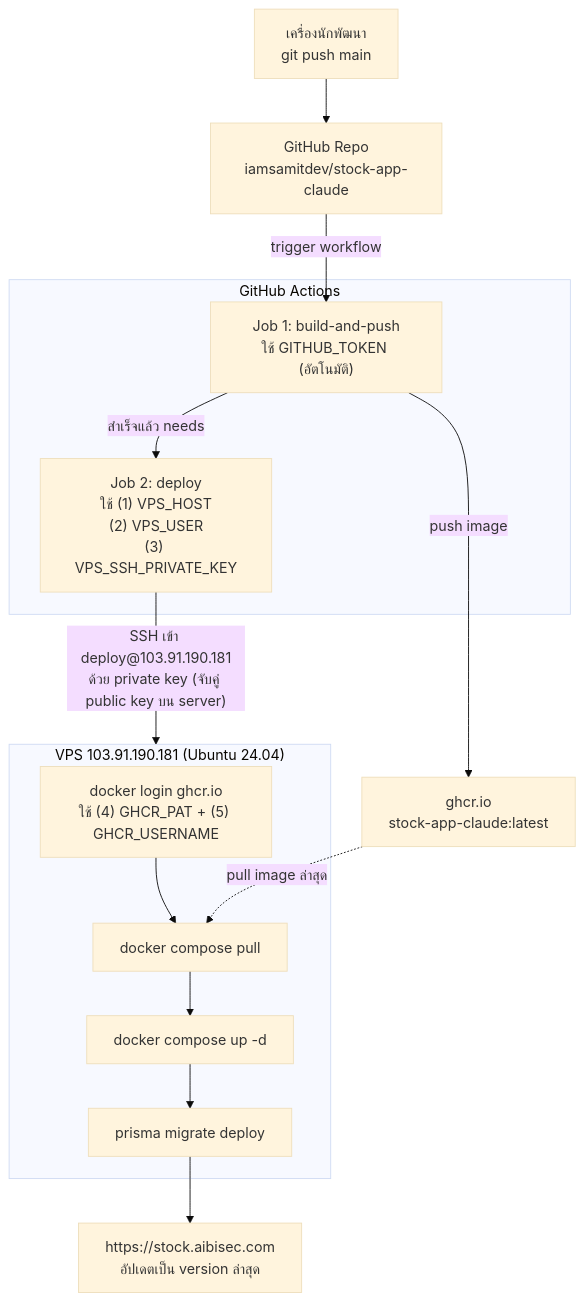
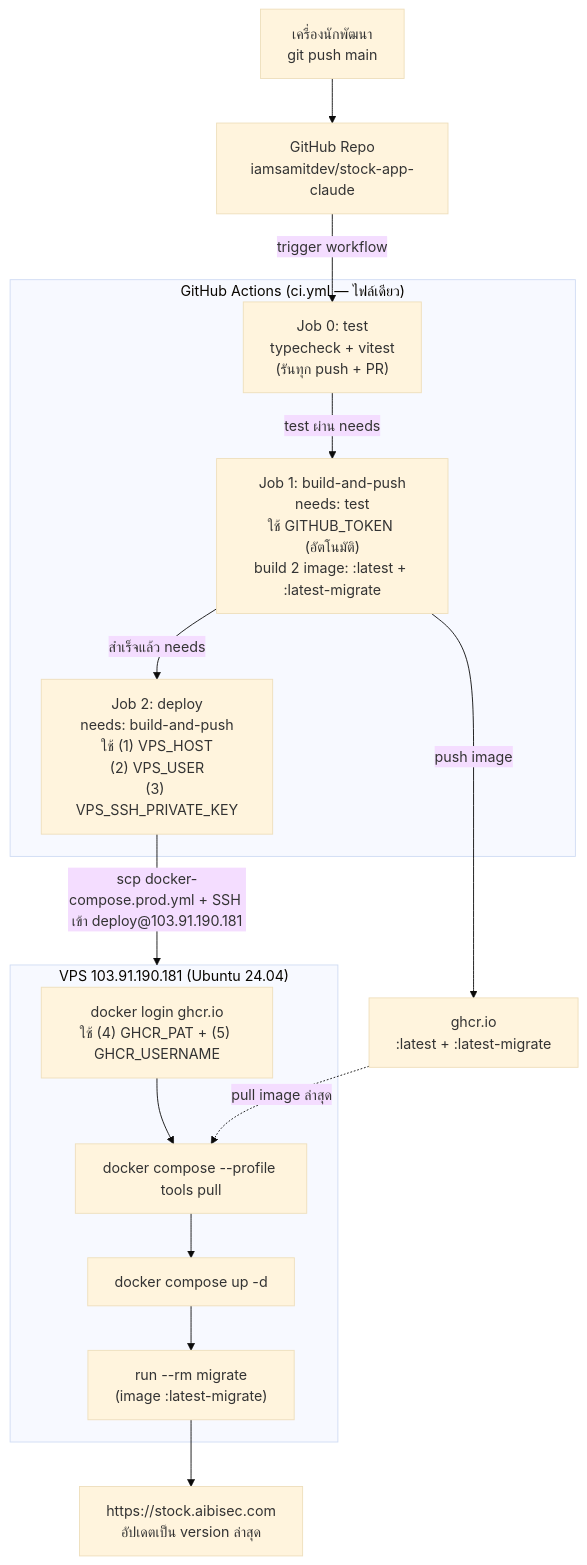
Before and after one commit to iamsamitdev/claude-code-deep-dive: the diagram in Notes/deploy-full-guide.md, drawn with Mermaid (base theme). The commit also changed other lines of this file, not shown here.

````diff
--- a/Notes/deploy-full-guide.md
+++ b/Notes/deploy-full-guide.md
@@ -767,25 +818,27 @@
 ```mermaid
 flowchart TB
     DEV["เครื่องนักพัฒนา<br>git push main"] --> REPO["GitHub Repo<br>iamsamitdev/stock-app-claude"]
 
-    subgraph GHA["GitHub Actions"]
-        J1["Job 1: build-and-push<br>ใช้ GITHUB_TOKEN (อัตโนมัติ)"]
-        J2["Job 2: deploy<br>ใช้ (1) VPS_HOST<br>(2) VPS_USER<br>(3) VPS_SSH_PRIVATE_KEY"]
+    subgraph GHA["GitHub Actions (ci.yml — ไฟล์เดียว)"]
+        J0["Job 0: test<br>typecheck + vitest<br>(รันทุก push + PR)"]
+        J1["Job 1: build-and-push<br>needs: test<br>ใช้ GITHUB_TOKEN (อัตโนมัติ)<br>build 2 image: :latest + :latest-migrate"]
+        J2["Job 2: deploy<br>needs: build-and-push<br>ใช้ (1) VPS_HOST<br>(2) VPS_USER<br>(3) VPS_SSH_PRIVATE_KEY"]
     end
 
-    REPO -->|trigger workflow| J1
-    J1 -->|push image| GHCR["ghcr.io<br>stock-app-claude:latest"]
+    REPO -->|trigger workflow| J0
+    J0 -->|test ผ่าน needs| J1
+    J1 -->|push image| GHCR["ghcr.io<br>:latest + :latest-migrate"]
     J1 -->|สำเร็จแล้ว needs| J2
-    J2 -->|"SSH เข้า deploy@103.91.190.181<br>ด้วย private key (จับคู่ public key บน server)"| VPS
+    J2 -->|"scp docker-compose.prod.yml + SSH เข้า deploy@103.91.190.181"| VPS
 
     subgraph VPS["VPS 103.91.190.181 (Ubuntu 24.04)"]
         LOGIN["docker login ghcr.io<br>ใช้ (4) GHCR_PAT + (5) GHCR_USERNAME"]
-        PULL["docker compose pull"]
+        PULL["docker compose --profile tools pull"]
         UP["docker compose up -d"]
-        MIG["prisma migrate deploy"]
+        MIG["run --rm migrate<br>(image :latest-migrate)"]
         LOGIN --> PULL --> UP --> MIG
     end
 
     GHCR -.->|pull image ล่าสุด| PULL
     MIG --> WEB["https://stock.aibisec.com<br>อัปเดตเป็น version ล่าสุด"]
 ```
````
